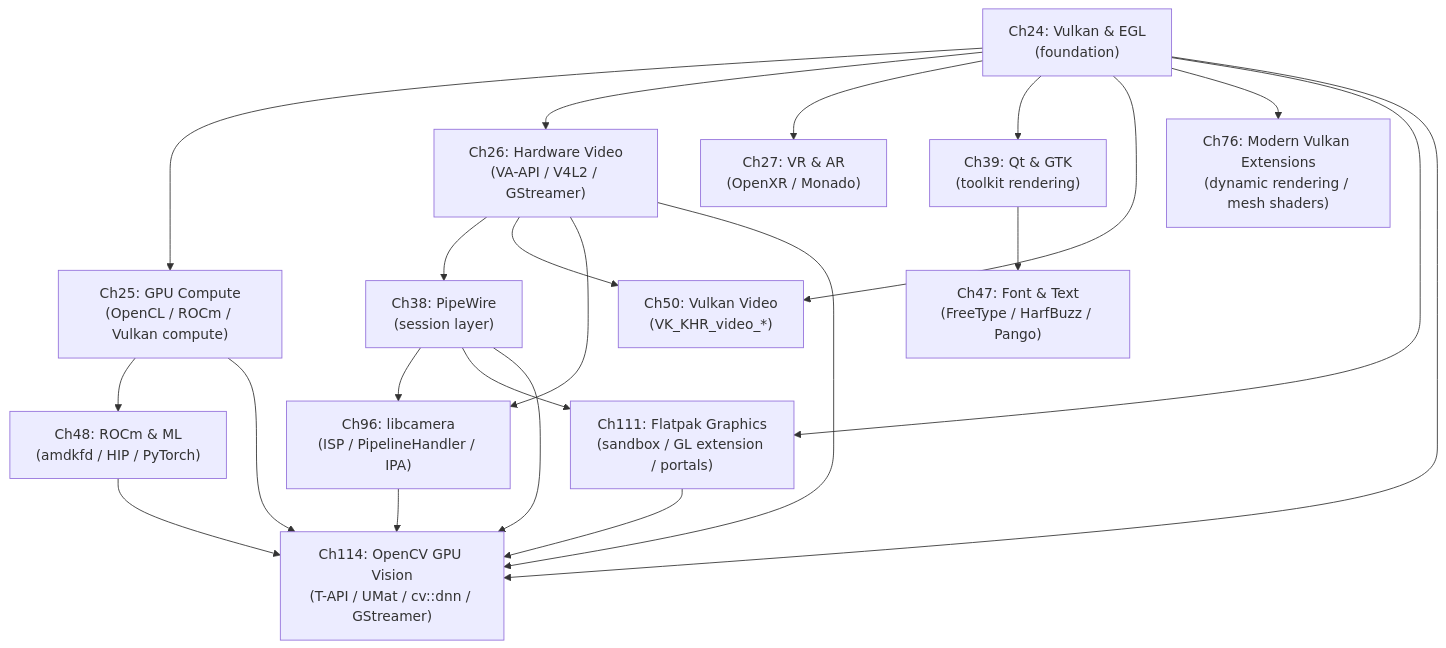
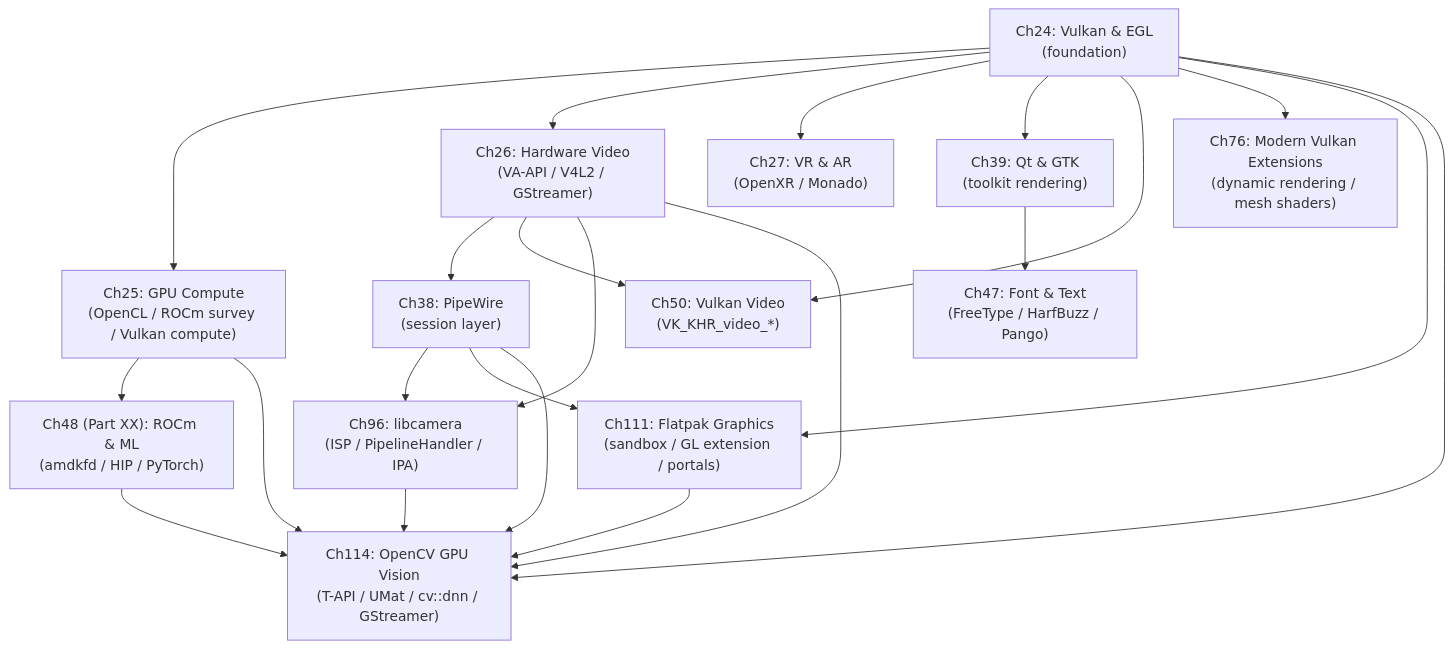
The diagram in chapters/part-07-application-apis-middleware/part-intro.md (jreuben11/linux-graphics-stack-book), drawn with Mermaid before and after one commit. The commit also changed other lines of this file and 95 other files, not shown here.

First line of the commit message:
Add Roadmap sections to 94 chapters, Ch93 §13 frame latency, plan.md appendix updates

````diff
--- a/chapters/part-07-application-apis-middleware/part-intro.md
+++ b/chapters/part-07-application-apis-middleware/part-intro.md
@@ -79,38 +79,38 @@
 ```mermaid
 graph TD
     Ch24["Ch24: Vulkan & EGL\n(foundation)"]
-    Ch25["Ch25: GPU Compute\n(OpenCL / ROCm / Vulkan compute)"]
+    Ch25["Ch25: GPU Compute\n(OpenCL / ROCm survey / Vulkan compute)"]
     Ch26["Ch26: Hardware Video\n(VA-API / V4L2 / GStreamer)"]
     Ch27["Ch27: VR & AR\n(OpenXR / Monado)"]
     Ch38["Ch38: PipeWire\n(session layer)"]
     Ch39["Ch39: Qt & GTK\n(toolkit rendering)"]
     Ch47["Ch47: Font & Text\n(FreeType / HarfBuzz / Pango)"]
-    Ch48["Ch48: ROCm & ML\n(amdkfd / HIP / PyTorch)"]
     Ch50["Ch50: Vulkan Video\n(VK_KHR_video_*)"]
     Ch76["Ch76: Modern Vulkan Extensions\n(dynamic rendering / mesh shaders)"]
     Ch96["Ch96: libcamera\n(ISP / PipelineHandler / IPA)"]
     Ch111["Ch111: Flatpak Graphics\n(sandbox / GL extension / portals)"]
     Ch114["Ch114: OpenCV GPU Vision\n(T-API / UMat / cv::dnn / GStreamer)"]
+    Ch48_XX["Ch48 (Part XX): ROCm & ML\n(amdkfd / HIP / PyTorch)"]
 
     Ch24 --> Ch25
     Ch24 --> Ch26
     Ch24 --> Ch27
     Ch24 --> Ch39
     Ch24 --> Ch50
     Ch24 --> Ch76
     Ch24 --> Ch111
     Ch24 --> Ch114
-    Ch25 --> Ch48
+    Ch25 --> Ch48_XX
     Ch25 --> Ch114
     Ch26 --> Ch38
     Ch26 --> Ch50
     Ch26 --> Ch96
     Ch26 --> Ch114
     Ch38 --> Ch96
     Ch38 --> Ch111
     Ch38 --> Ch114
     Ch39 --> Ch47
-    Ch48 --> Ch114
+    Ch48_XX --> Ch114
     Ch96 --> Ch114
     Ch111 --> Ch114
 ```
````
